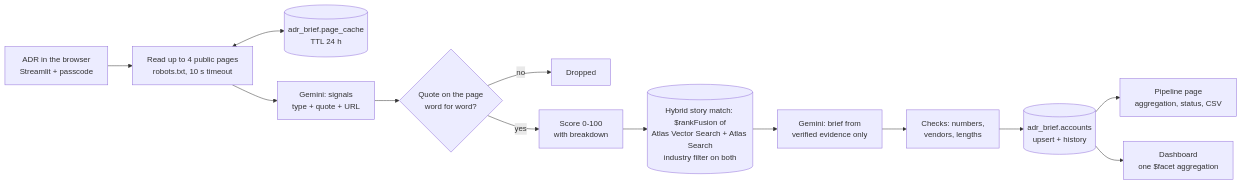
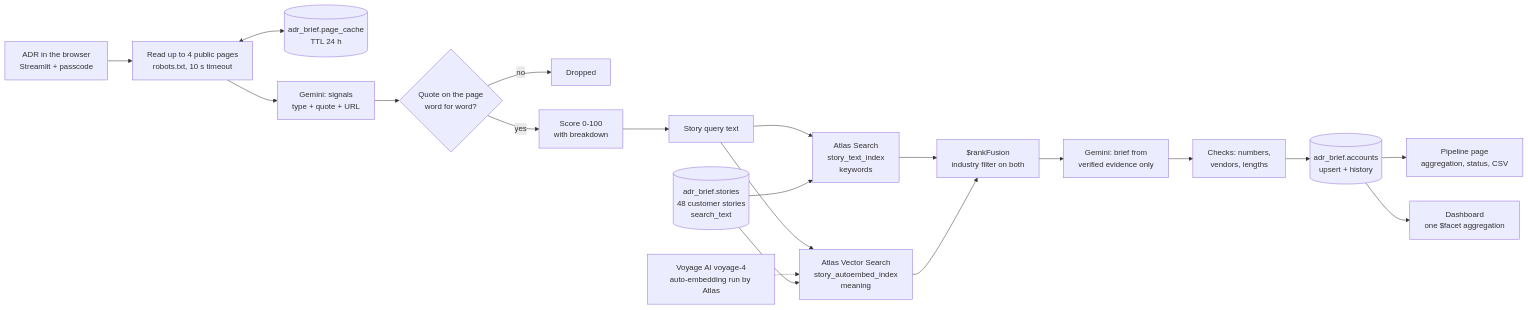
Before and after one commit to jimt88/account-brief-builder: the diagram in README.md, drawn with Mermaid. The commit also changed other lines of this file and 48 other files, not shown here.

Commit message:
Phase 6: link MongoDB agent skills instead of vendoring them; README diagram, skills table

````diff
--- a/README.md
+++ b/README.md
@@ -18,15 +18,22 @@
 ```mermaid
 flowchart LR
     U[ADR in the browser<br/>Streamlit + passcode] --> R[Read up to 4 public pages<br/>robots.txt, 10 s timeout]
     R <--> PC[(adr_brief.page_cache<br/>TTL 24 h)]
     R --> G1[Gemini: signals<br/>type + quote + URL]
     G1 --> V{Quote on the page<br/>word for word?}
     V -- no --> X[Dropped]
     V -- yes --> S[Score 0-100<br/>with breakdown]
-    S --> VS[(Hybrid story match: $rankFusion of<br/>Atlas Vector Search + Atlas Search<br/>industry filter on both)]
-    VS --> G2[Gemini: brief from<br/>verified evidence only]
+    S --> Q[Story query text]
+    Q --> AS[Atlas Search<br/>story_text_index<br/>keywords]
+    Q --> AV[Atlas Vector Search<br/>story_autoembed_index<br/>meaning]
+    VY[Voyage AI voyage-4<br/>auto-embedding run by Atlas] -.-> AV
+    AS --> RF[$rankFusion<br/>industry filter on both]
+    AV --> RF
+    ST[(adr_brief.stories<br/>48 customer stories<br/>search_text)] --> AS
+    ST --> AV
+    RF --> G2[Gemini: brief from<br/>verified evidence only]
     G2 --> C[Checks: numbers,<br/>vendors, lengths]
     C --> A[(adr_brief.accounts<br/>upsert + history)]
     A --> P[Pipeline page<br/>aggregation, status, CSV]
     A --> D[Dashboard<br/>one $facet aggregation]
 ```
````
